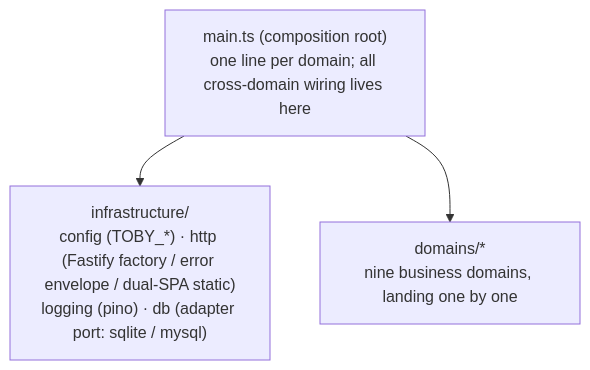
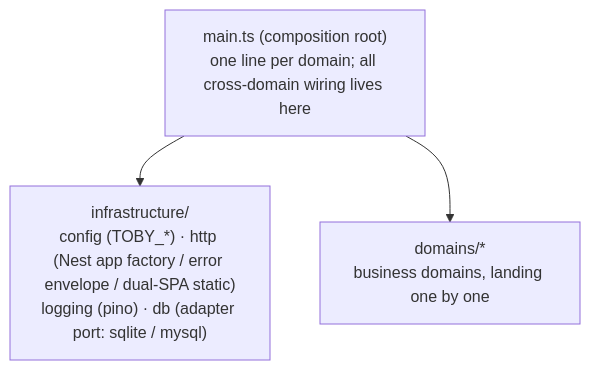
One commit to dengyusys/toby changed the third of 3 diagrams in docs/system-overview.md. Above: the diagram before and after it, drawn with Mermaid. The commit also changed other lines of this file and 39 other files, not shown here.

````diff
--- a/docs/system-overview.md
+++ b/docs/system-overview.md
@@ -127,8 +114,8 @@
 ```mermaid
 flowchart TB
     BOOT["main.ts (composition root)<br/>one line per domain; all cross-domain wiring lives here"]
-    INFRA["infrastructure/<br/>config (TOBY_*) · http (Fastify factory / error envelope / dual-SPA static)<br/>logging (pino) · db (adapter port: sqlite / mysql)"]
-    DOM["domains/*<br/>nine business domains, landing one by one"]
+    INFRA["infrastructure/<br/>config (TOBY_*) · http (Nest app factory / error envelope / dual-SPA static)<br/>logging (pino) · db (adapter port: sqlite / mysql)"]
+    DOM["domains/*<br/>business domains, landing one by one"]
     BOOT --> INFRA
     BOOT --> DOM
 ```
````
